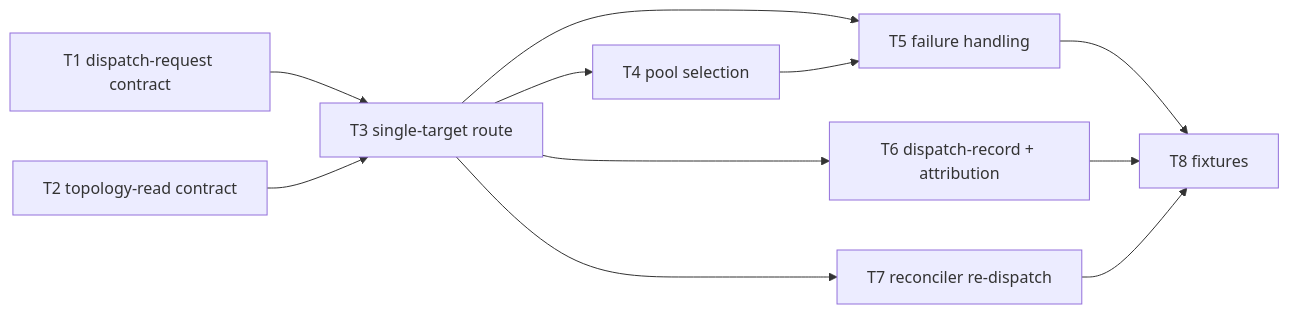
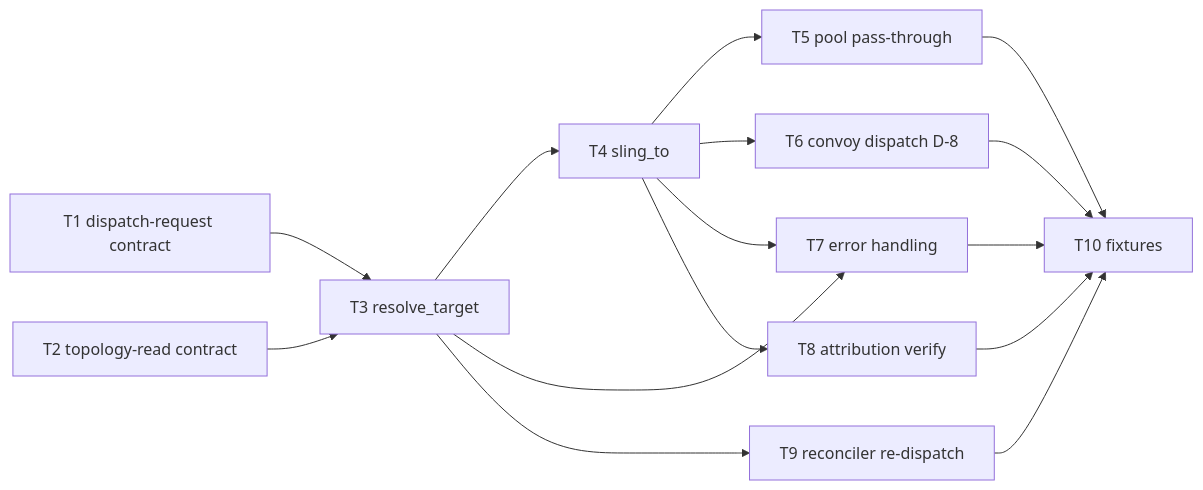
Before and after one commit to lago-morph/software-factory: the diagram in architectures/v4/plan-faithful/C05-sling-dispatch.md, drawn with Mermaid. The commit also changed other lines of this file and 1 other file, not shown here.

````diff
--- a/architectures/v4/plan-faithful/C05-sling-dispatch.md
+++ b/architectures/v4/plan-faithful/C05-sling-dispatch.md
@@ -28,13 +31,17 @@
 ```mermaid
 flowchart LR
-    T1[T1 dispatch-request contract] --> T3[T3 single-target route]
+    T1[T1 dispatch-request contract] --> T3[T3 resolve_target]
     T2[T2 topology-read contract] --> T3
-    T3 --> T4[T4 pool selection]
-    T3 --> T5[T5 failure handling]
-    T4 --> T5
-    T3 --> T6[T6 dispatch-record + attribution]
-    T3 --> T7[T7 reconciler re-dispatch]
-    T5 --> T8[T8 fixtures]
-    T6 --> T8
-    T7 --> T8
+    T3 --> T4[T4 sling_to]
+    T4 --> T5[T5 pool pass-through]
+    T4 --> T6[T6 convoy dispatch D-8]
+    T3 --> T7[T7 error handling]
+    T4 --> T7
+    T4 --> T8[T8 attribution verify]
+    T3 --> T9[T9 reconciler re-dispatch]
+    T7 --> T10[T10 fixtures]
+    T8 --> T10
+    T9 --> T10
+    T5 --> T10
+    T6 --> T10
 ```
````
